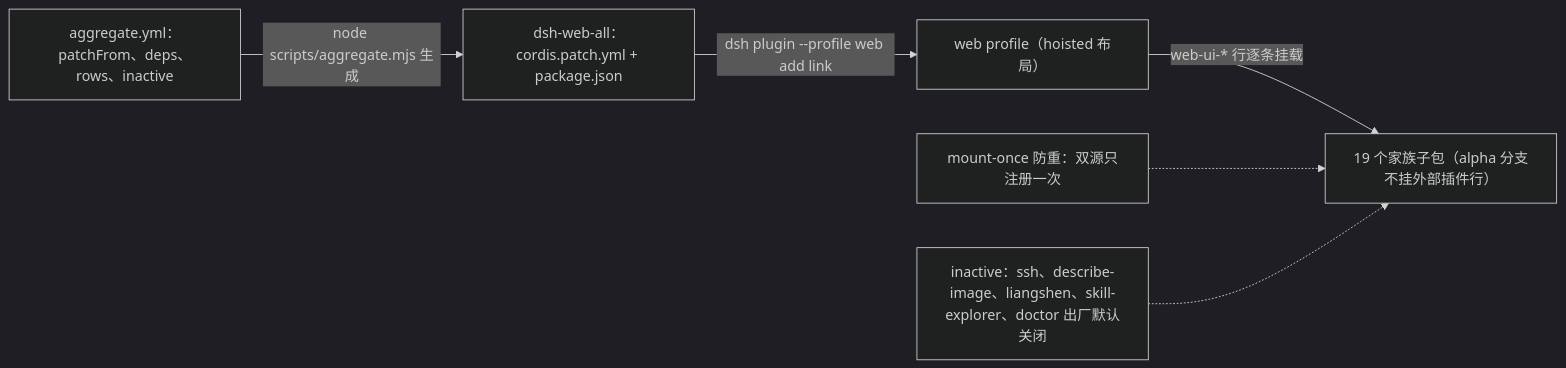
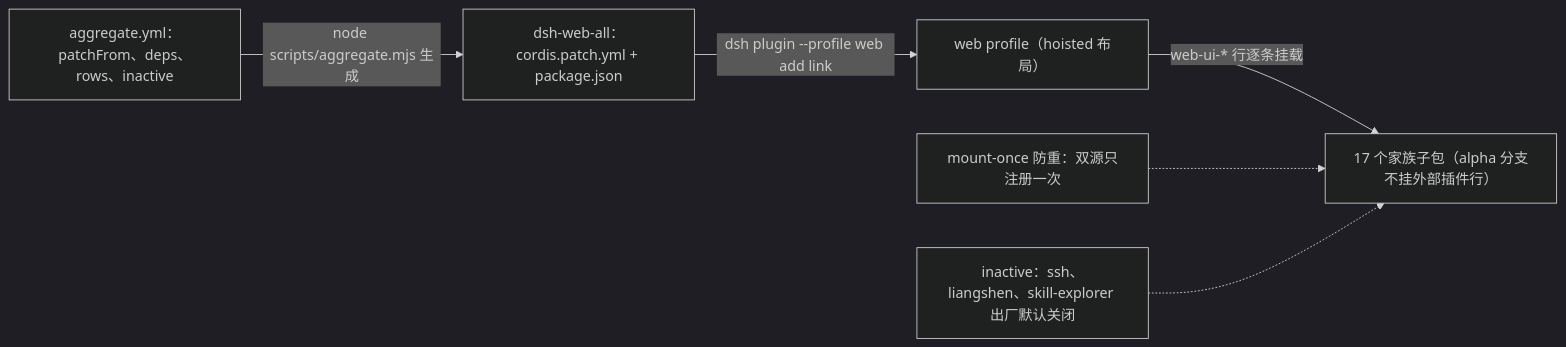
One commit to DDDMUC/dsh-web-ui changed the fourth of 9 diagrams in docs/architecture.md. Above: the diagram before and after it, drawn with Mermaid (dark theme). The commit also changed other lines of this file and 232 other files, not shown here.

First line of the commit message:
feat(aggregate)!: remove dsh-doctor and dsh-tool-describe-image from the family

````diff
--- a/docs/architecture.md
+++ b/docs/architecture.md
@@ -78,8 +78,8 @@
 ```mermaid
 flowchart LR
     A["aggregate.yml：patchFrom、deps、rows、inactive"] -- "node scripts/aggregate.mjs 生成" --> B["dsh-web-all：cordis.patch.yml + package.json"]
     B -- "dsh plugin --profile web add link" --> C["web profile（hoisted 布局）"]
-    C -- "web-ui-* 行逐条挂载" --> D["19 个家族子包（alpha 分支不挂外部插件行）"]
+    C -- "web-ui-* 行逐条挂载" --> D["17 个家族子包（alpha 分支不挂外部插件行）"]
     E["mount-once 防重：双源只注册一次"] -.-> D
-    F["inactive：ssh、describe-image、liangshen、skill-explorer、doctor 出厂默认关闭"] -.-> D
+    F["inactive：ssh、liangshen、skill-explorer 出厂默认关闭"] -.-> D
 ```
````
